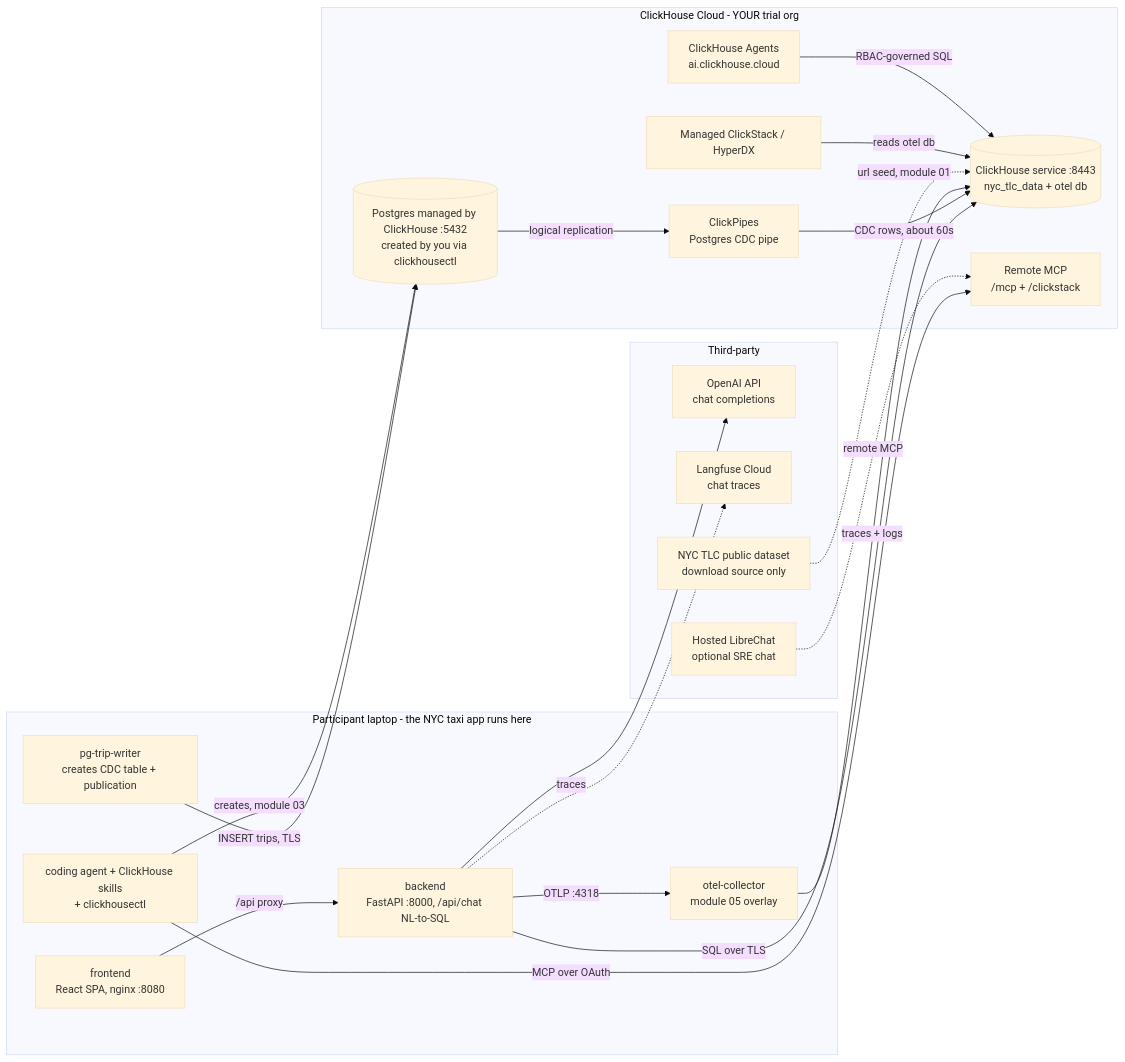
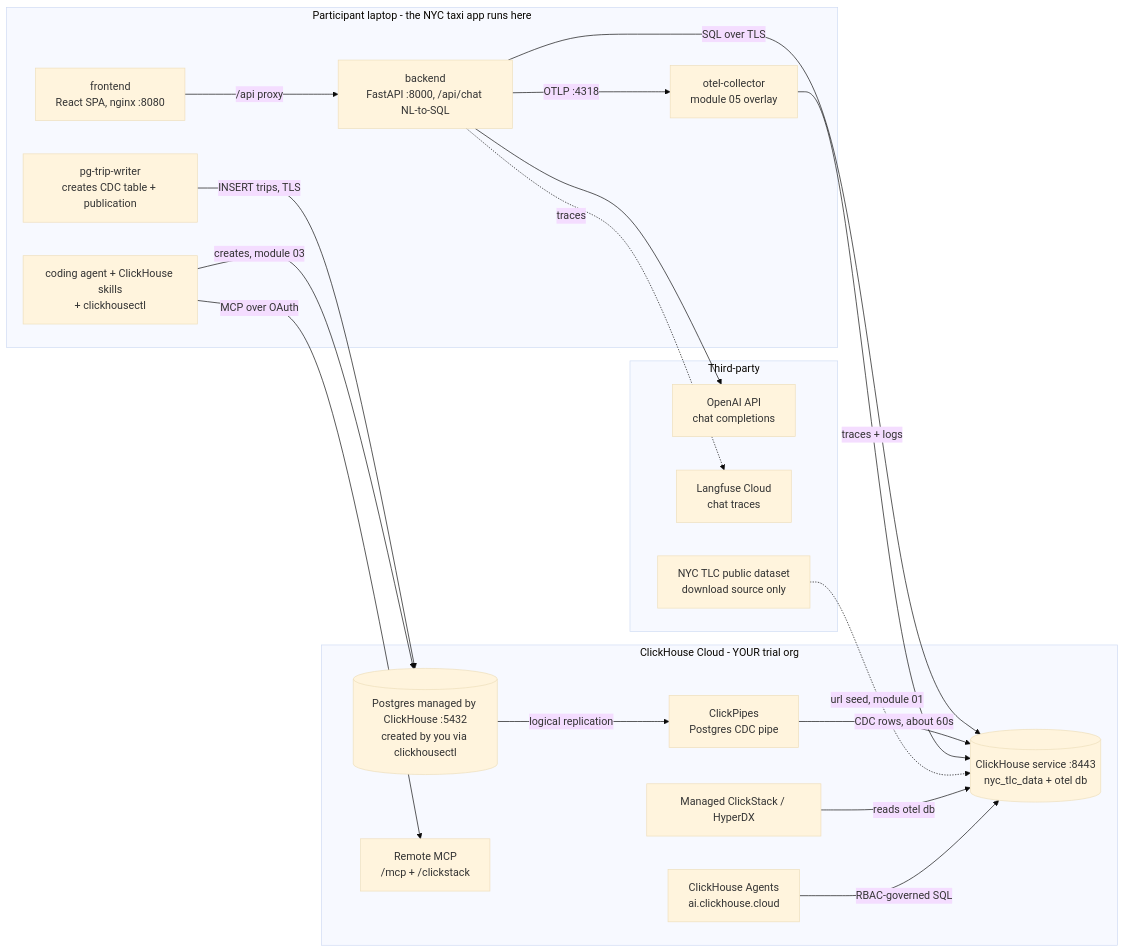
Before and after one commit to ClickHouse/ClickHouse_Demos: the first of 4 diagrams in workshops/build_workshop/README.md, drawn with Mermaid (base theme). The commit also changed other lines of this file and 20 other files, not shown here.

````diff
--- a/workshops/build_workshop/README.md
+++ b/workshops/build_workshop/README.md
@@ -21,42 +21,40 @@
 ```mermaid
 flowchart LR
   subgraph LAPTOP["Participant laptop - the NYC taxi app runs here"]
     FE["frontend<br/>React SPA, nginx :8080"]
     BE["backend<br/>FastAPI :8000, /api/chat NL-to-SQL"]
     GEN["pg-trip-writer<br/>creates CDC table + publication"]
     OC["otel-collector<br/>module 05 overlay"]
     CA["coding agent + ClickHouse skills<br/>+ clickhousectl"]
   end
 
   subgraph CLOUD["ClickHouse Cloud - YOUR trial org"]
     CH[("ClickHouse service :8443<br/>nyc_tlc_data + otel db")]
     PIPE["ClickPipes<br/>Postgres CDC pipe"]
     PG[("Postgres managed by ClickHouse :5432<br/>created by you via clickhousectl")]
     HDX["Managed ClickStack / HyperDX"]
     MCP["Remote MCP<br/>/mcp + /clickstack"]
     AG["ClickHouse Agents<br/>ai.clickhouse.cloud"]
   end
 
   subgraph THIRD["Third-party"]
     OAI["OpenAI API<br/>chat completions"]
     LF["Langfuse Cloud<br/>chat traces"]
-    LC["Hosted LibreChat<br/>optional SRE chat"]
     TLC["NYC TLC public dataset<br/>download source only"]
   end
 
   FE -->|/api proxy| BE
   BE -->|SQL over TLS| CH
   GEN -->|INSERT trips, TLS| PG
   PG -->|logical replication| PIPE
   PIPE -->|CDC rows, about 60s| CH
   BE -->|OTLP :4318| OC
   OC -->|traces + logs| CH
   CA -->|MCP over OAuth| MCP
   CA -->|creates, module 03| PG
   BE --> OAI
   BE -.->|traces| LF
   TLC -.->|url seed, module 01| CH
   HDX -->|reads otel db| CH
   AG -->|RBAC-governed SQL| CH
-  LC -.->|remote MCP| MCP
 ```
````
